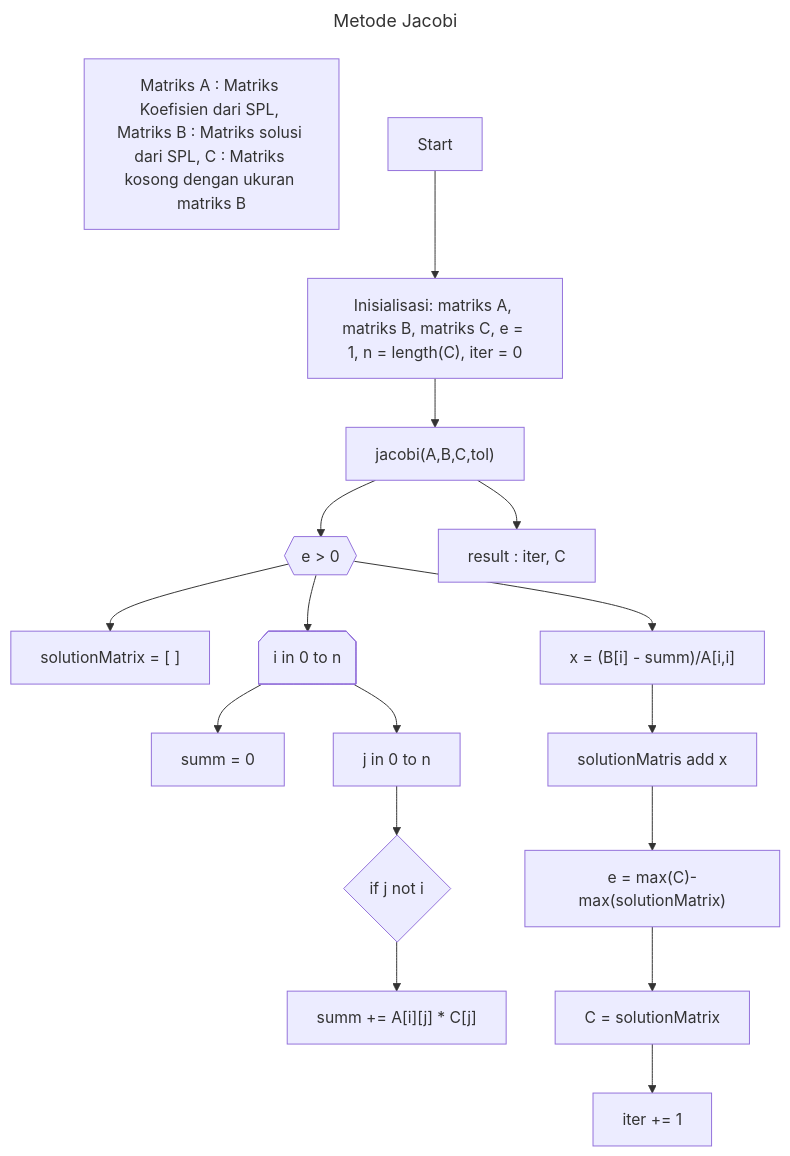
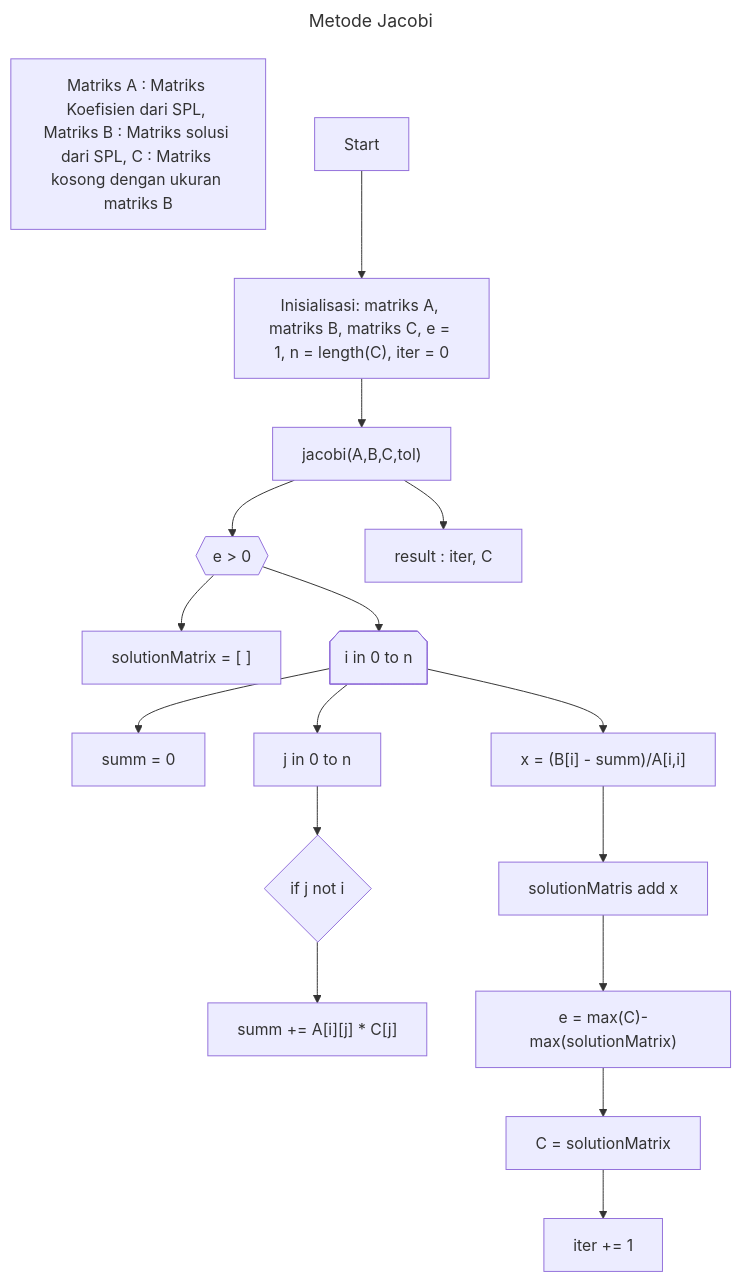
The diagram in Modul-3/metode-jacobi.mmd (aslabkomfis/Komputasi-Numerik-24-25), drawn with Mermaid before and after one commit.

```diff
--- a/Modul-3/metode-jacobi.mmd
+++ b/Modul-3/metode-jacobi.mmd
@@ -1,21 +1,21 @@
 ---
 title: Metode Jacobi    
 ---
 
 flowchart TD;
     Z["Matriks A : Matriks Koefisien dari SPL, Matriks B : Matriks solusi dari SPL, C : Matriks kosong dengan ukuran matriks B"]
     A[Start] --> B["Inisialisasi: matriks A, matriks B, matriks C, e = 1, n = length(C), iter = 0"] 
     B --> X["jacobi(A,B,C,tol)"]
     X --> C{{"e > 0"}}
     C --> D["solutionMatrix = [ ]"]
     C --> F@{shape: notch-pent, label: "i in 0 to n"}
     F --> G["summ = 0"]
     F --> H["j in 0 to n"]
     H --> I{"if j not i"}
     I --> J["summ += A[i][j] * C[j]"]
-    C --> K["x = (B[i] - summ)/A[i,i]"]
+    F --> K["x = (B[i] - summ)/A[i,i]"]
     K --> L["solutionMatris add x"]
     L --> M["e = max(C)-max(solutionMatrix)"]
     M --> N["C = solutionMatrix"]
     N --> O["iter += 1"]
     X --> P["result : iter, C"]
```
